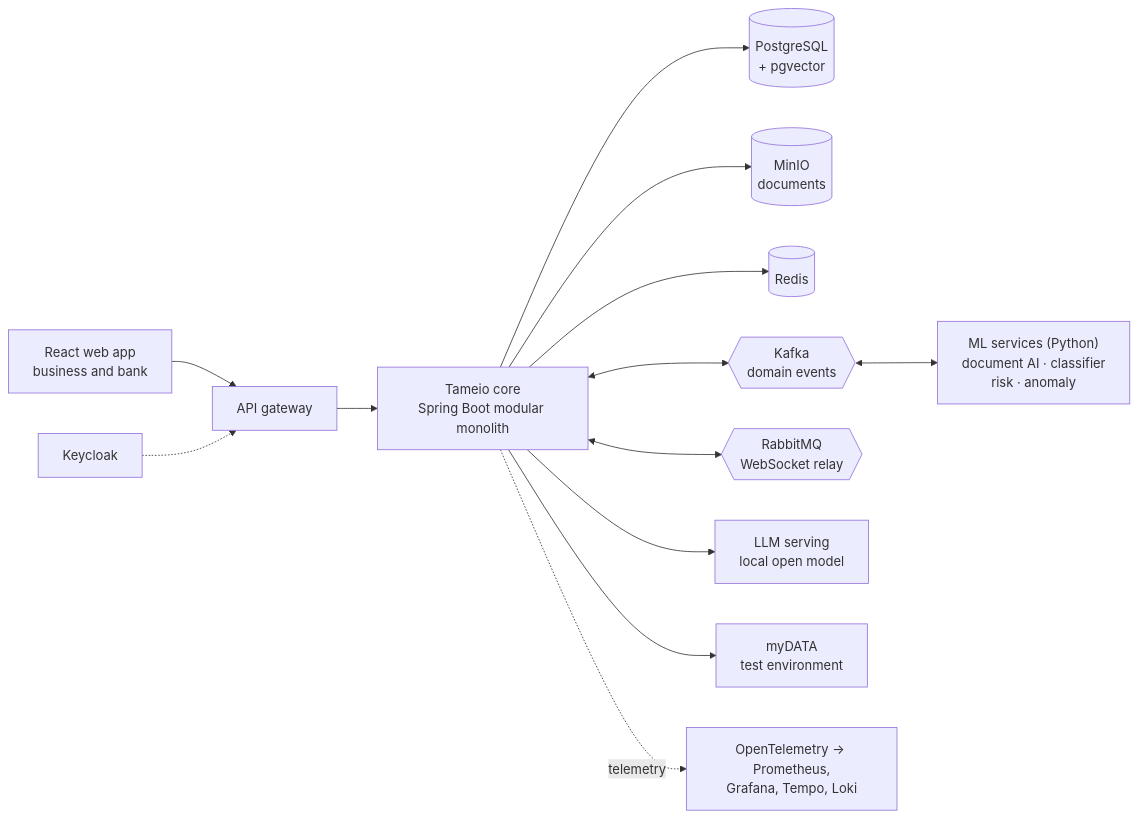
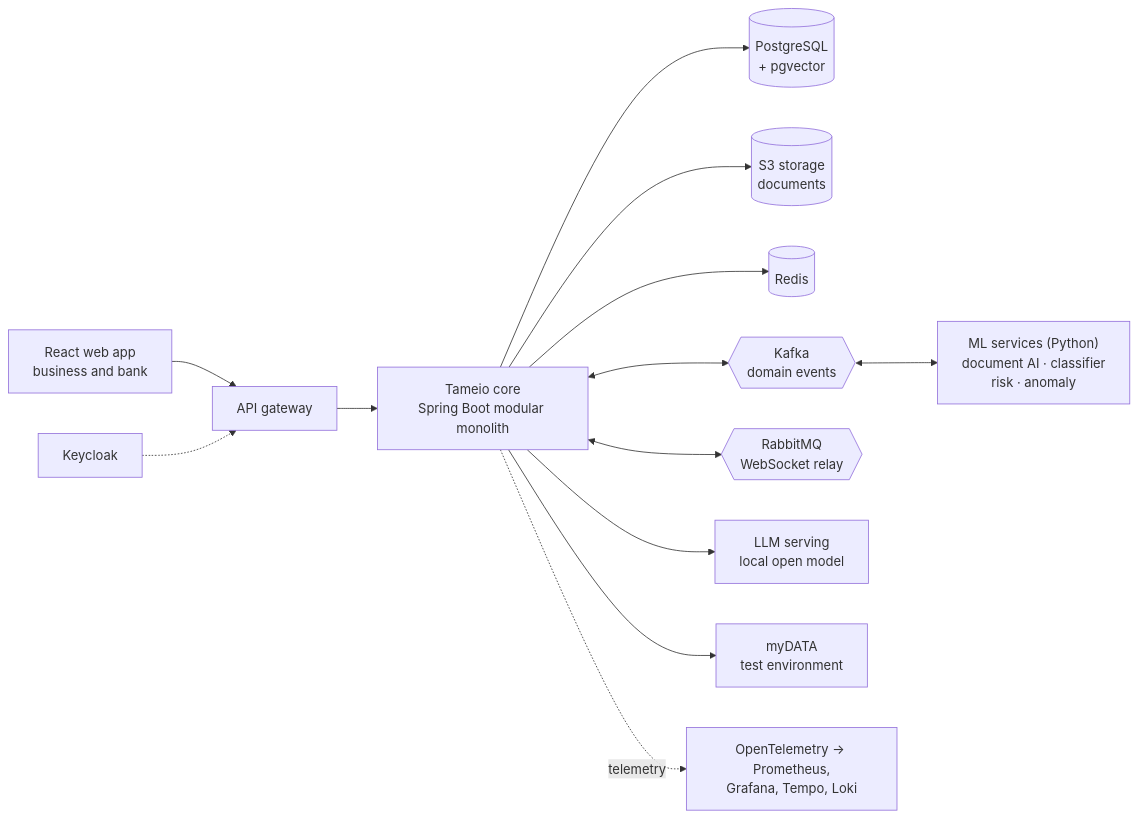
One commit to edisban/Tameio changed the diagram in docs/design.md. Above: the diagram before and after it, drawn with Mermaid. The commit also changed other lines of this file and 43 other files, not shown here.

````diff
--- a/docs/design.md
+++ b/docs/design.md
@@ -81,15 +81,15 @@
 ```mermaid
 flowchart LR
     W["React web app<br/>business and bank"] --> GW["API gateway"]
     GW --> APP["Tameio core<br/>Spring Boot modular monolith"]
     APP --> PG[("PostgreSQL<br/>+ pgvector")]
-    APP --> S3[("MinIO<br/>documents")]
+    APP --> S3[("S3 storage<br/>documents")]
     APP --> R[("Redis")]
     APP <--> K{{"Kafka<br/>domain events"}}
     APP <--> MQ{{"RabbitMQ<br/>WebSocket relay"}}
     K <--> ML["ML services (Python)<br/>document AI · classifier<br/>risk · anomaly"]
     APP --> LLM["LLM serving<br/>local open model"]
     APP --> AADE["myDATA<br/>test environment"]
     KC["Keycloak"] -.-> GW
     APP -. telemetry .-> OBS["OpenTelemetry → Prometheus,<br/>Grafana, Tempo, Loki"]
 ```
````
